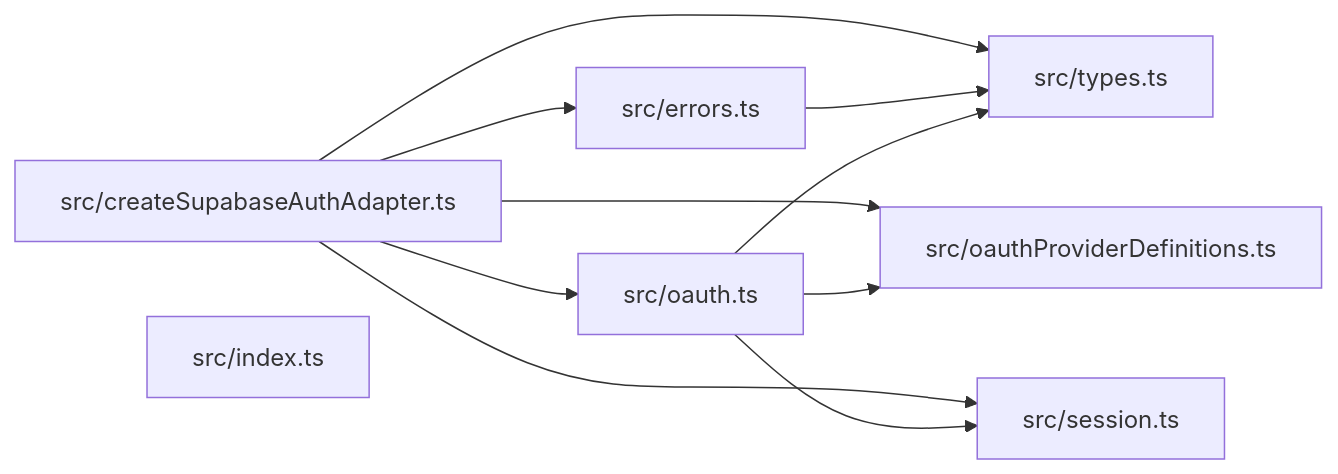
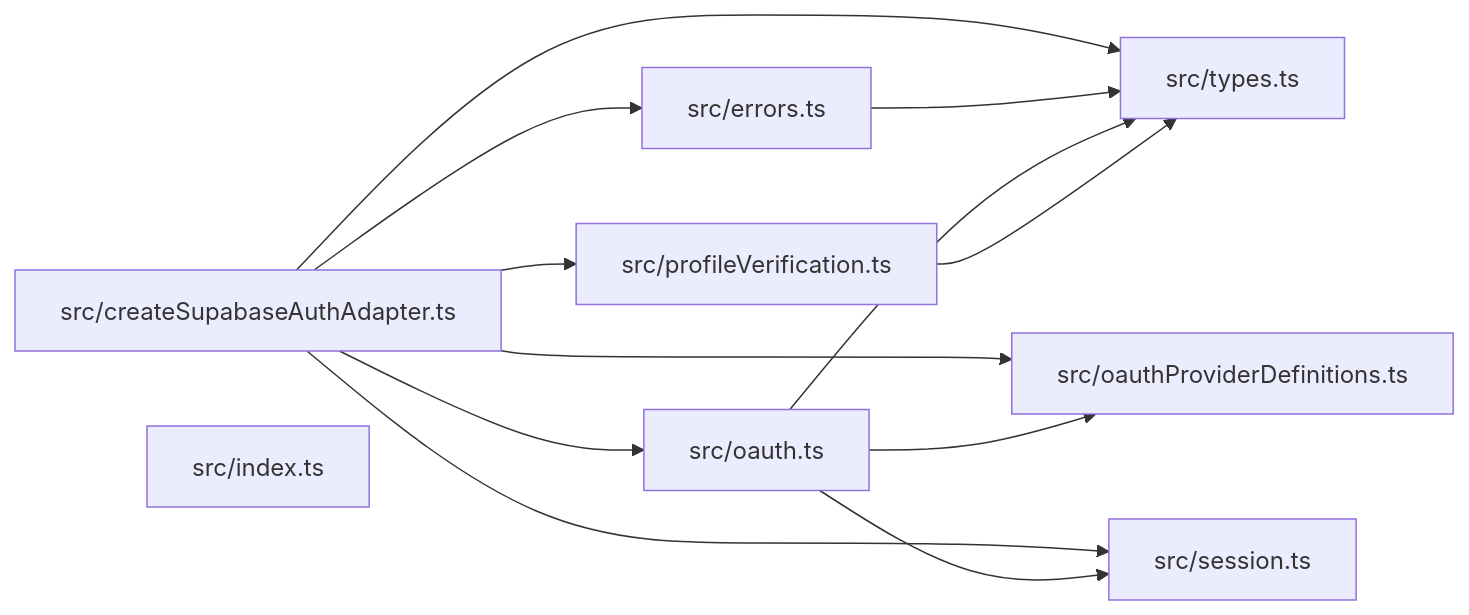
One commit to ankhorage/supabase-auth changed the diagram in paradox/diagrams/module-relationships.mmd. Above: the diagram before and after it, drawn with Mermaid. The commit also changed 11 other files, not shown here.

```diff
--- a/paradox/diagrams/module-relationships.mmd
+++ b/paradox/diagrams/module-relationships.mmd
@@ -1,17 +1,20 @@
 graph LR
   module_src_createSupabaseAuthAdapter_ts["src/createSupabaseAuthAdapter.ts"]
   module_src_errors_ts["src/errors.ts"]
   module_src_index_ts["src/index.ts"]
   module_src_oauth_ts["src/oauth.ts"]
   module_src_oauthProviderDefinitions_ts["src/oauthProviderDefinitions.ts"]
+  module_src_profileVerification_ts["src/profileVerification.ts"]
   module_src_session_ts["src/session.ts"]
   module_src_types_ts["src/types.ts"]
   module_src_createSupabaseAuthAdapter_ts --> module_src_errors_ts
   module_src_createSupabaseAuthAdapter_ts --> module_src_oauth_ts
   module_src_createSupabaseAuthAdapter_ts --> module_src_oauthProviderDefinitions_ts
+  module_src_createSupabaseAuthAdapter_ts --> module_src_profileVerification_ts
   module_src_createSupabaseAuthAdapter_ts --> module_src_session_ts
   module_src_createSupabaseAuthAdapter_ts --> module_src_types_ts
   module_src_errors_ts --> module_src_types_ts
   module_src_oauth_ts --> module_src_oauthProviderDefinitions_ts
   module_src_oauth_ts --> module_src_session_ts
   module_src_oauth_ts --> module_src_types_ts
+  module_src_profileVerification_ts --> module_src_types_ts
```
